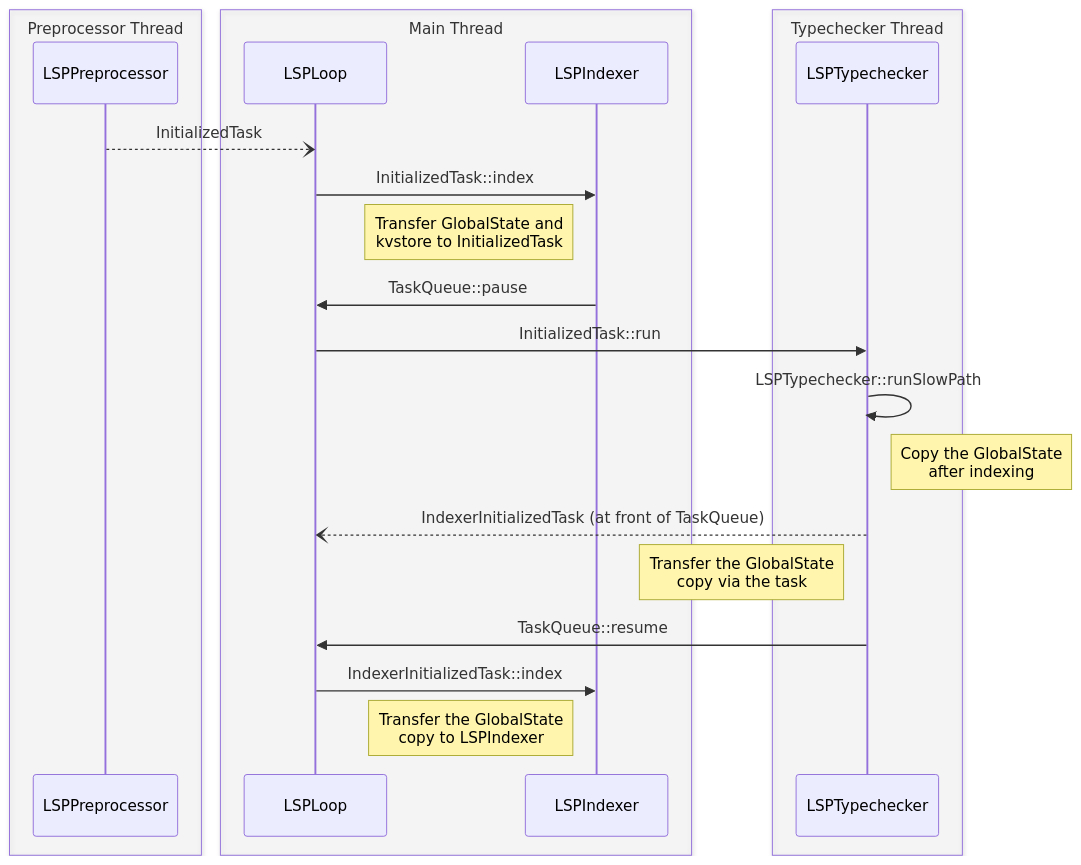
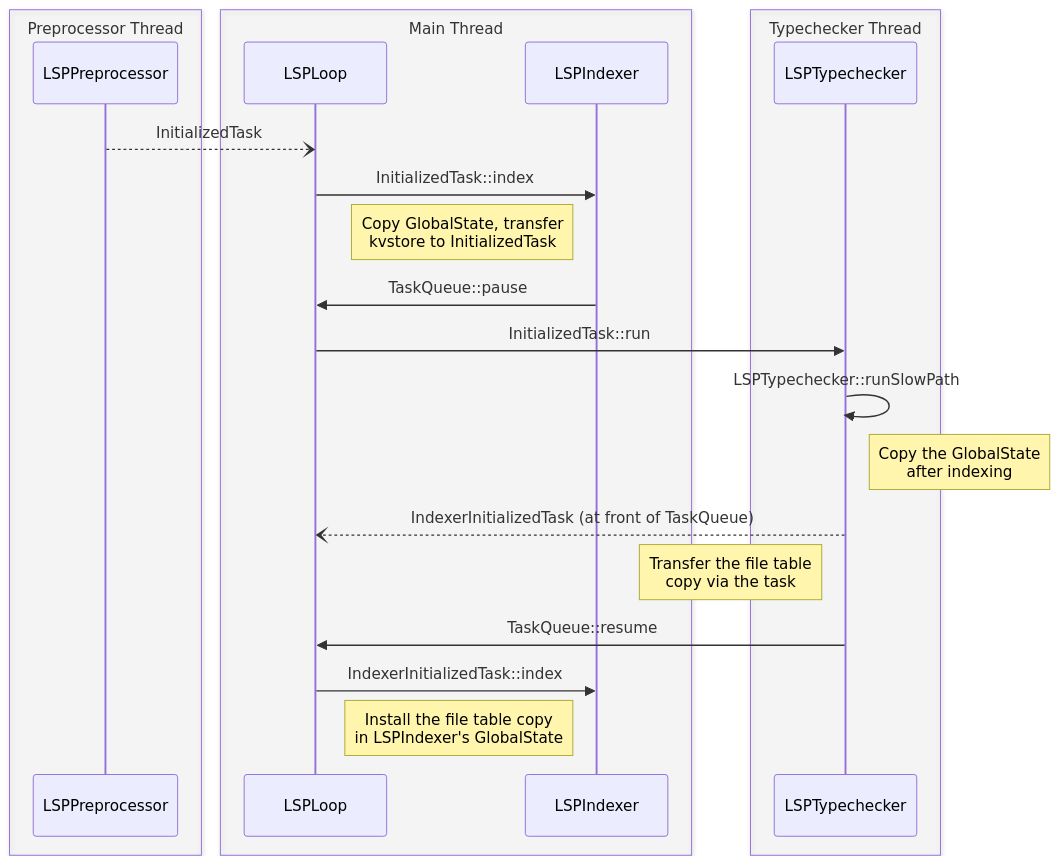
The first of 2 diagrams in docs/lsp.md (sorbet/sorbet), drawn with Mermaid before and after one commit. The commit also changed other lines of this file, not shown here.

Commit message:
Update LSP state diagrams

````diff
--- a/docs/lsp.md
+++ b/docs/lsp.md
@@ -5,26 +5,26 @@
 ```mermaid
 sequenceDiagram
   box rgba(255,255,255,0.2) Preprocessor Thread
   participant LSPPreprocessor
   end
   box rgba(255,255,255,0.2) Main Thread
   participant LSPLoop
   participant LSPIndexer
   end
   box rgba(255,255,255,0.2) Typechecker Thread
   participant LSPTypechecker
   end
 
   LSPPreprocessor --) LSPLoop: InitializedTask
   LSPLoop ->> LSPIndexer: InitializedTask::index
-  Note left of LSPIndexer: Transfer GlobalState and<br/>kvstore to InitializedTask
+  Note left of LSPIndexer: Copy GlobalState, transfer<br/>kvstore to InitializedTask
   LSPIndexer ->> LSPLoop: TaskQueue::pause
   LSPLoop ->> LSPTypechecker: InitializedTask::run
   LSPTypechecker ->> LSPTypechecker: LSPTypechecker::runSlowPath
   Note right of LSPTypechecker: Copy the GlobalState<br/>after indexing
   LSPTypechecker --) LSPLoop: IndexerInitializedTask (at front of TaskQueue)
-  Note left of LSPTypechecker: Transfer the GlobalState<br/>copy via the task
+  Note left of LSPTypechecker: Transfer the file table<br/>copy via the task
   LSPTypechecker ->> LSPLoop: TaskQueue::resume
   LSPLoop ->> LSPIndexer: IndexerInitializedTask::index
-  Note left of LSPIndexer: Transfer the GlobalState<br/>copy to LSPIndexer
+  Note left of LSPIndexer: Install the file table copy<br/>in LSPIndexer's GlobalState
 ```
````
